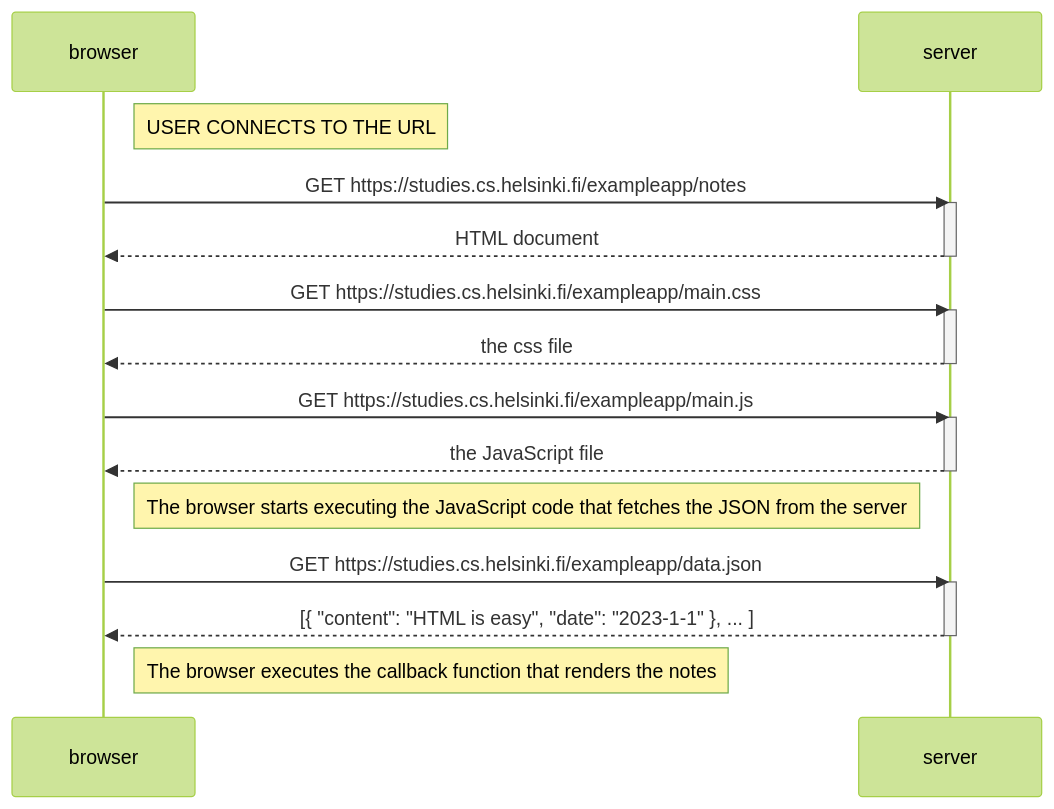
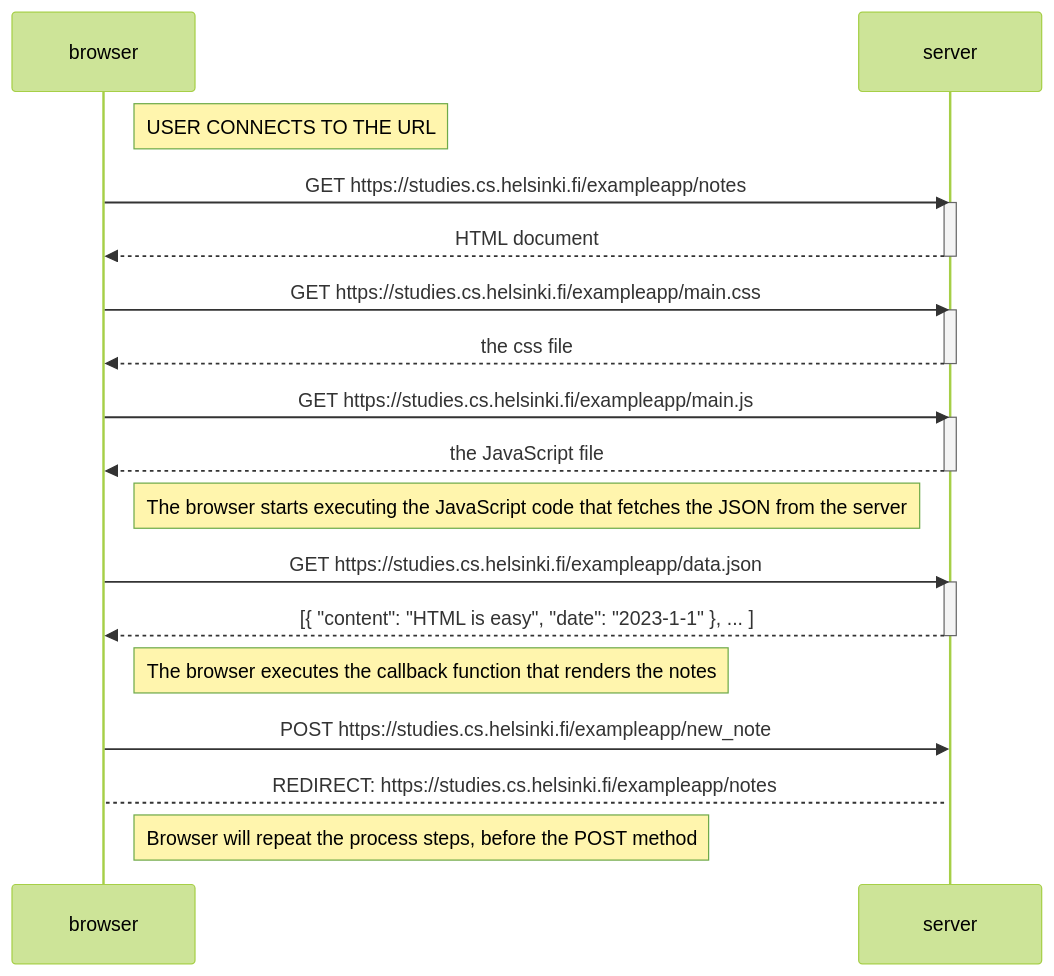
Before and after one commit to Will000000000/Palautusrepo: the diagram in osa0/test.md, drawn with Mermaid (forest theme).

````diff
--- a/osa0/test.md
+++ b/osa0/test.md
@@ -1,34 +1,40 @@
 ```mermaid
 
 sequenceDiagram
     participant browser
     participant server
 
     Note right of browser: USER CONNECTS TO THE URL
     
     browser->>server: GET https://studies.cs.helsinki.fi/exampleapp/notes
     activate server
     server-->>browser: HTML document
     deactivate server
     
     browser->>server: GET https://studies.cs.helsinki.fi/exampleapp/main.css
     activate server
     server-->>browser: the css file
     deactivate server
     
     browser->>server: GET https://studies.cs.helsinki.fi/exampleapp/main.js
     activate server
     server-->>browser: the JavaScript file
     deactivate server
     
     Note right of browser: The browser starts executing the JavaScript code that fetches the JSON from the server
     
     browser->>server: GET https://studies.cs.helsinki.fi/exampleapp/data.json
     activate server
     server-->>browser: [{ "content": "HTML is easy", "date": "2023-1-1" }, ... ]
     deactivate server    
 
     Note right of browser: The browser executes the callback function that renders the notes
 
+    browser->>server: POST https://studies.cs.helsinki.fi/exampleapp/new_note
+    activate server
+    server-->browser: REDIRECT: https://studies.cs.helsinki.fi/exampleapp/notes
+
+    Note right of browser: Browser will repeat the process steps, before the POST method
+
     
 ```
````
